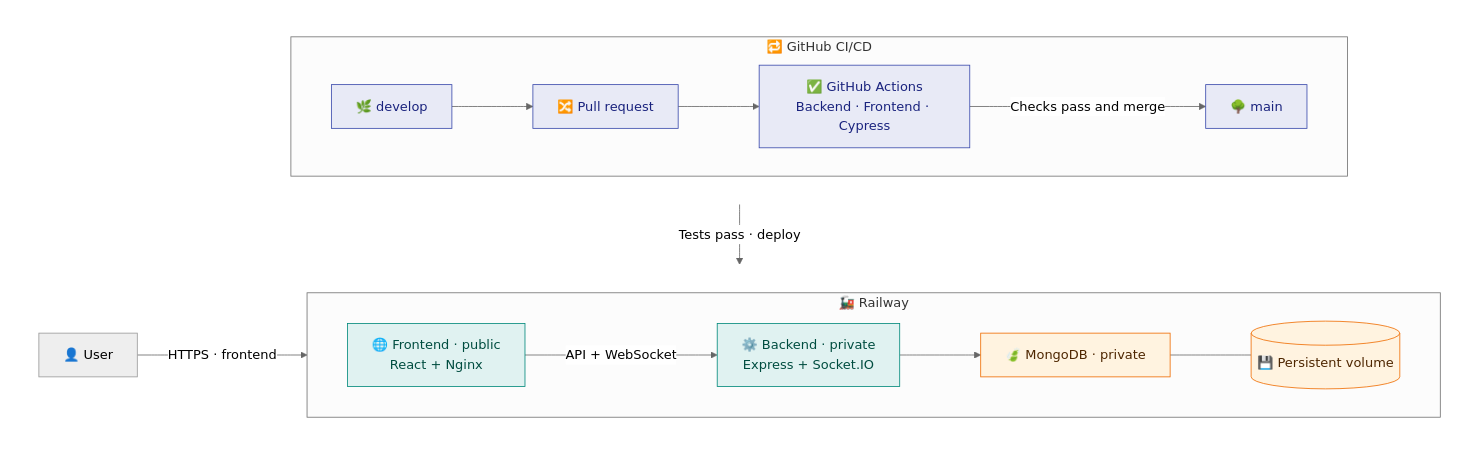
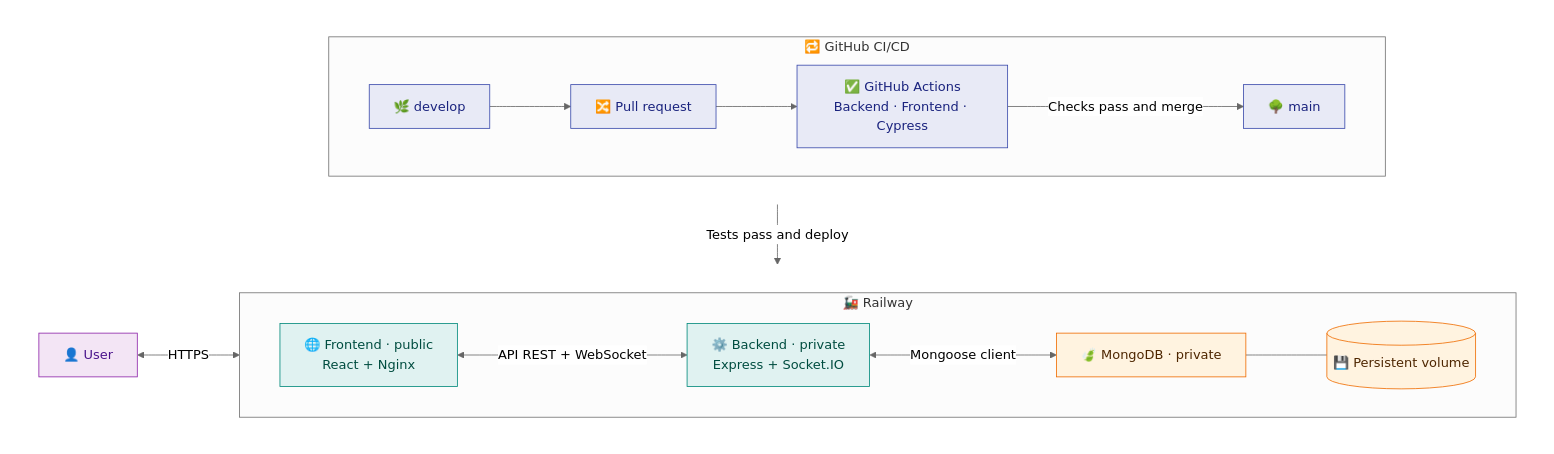
Before and after one commit to patriciorr/office-trackr: the diagram in README.md, drawn with Mermaid (neutral theme). The commit also changed other lines of this file and 1 other file, not shown here.

````diff
--- a/README.md
+++ b/README.md
@@ -60,41 +61,43 @@
 ```mermaid
 flowchart TB
     subgraph Top[" "]
         direction LR
         Spacer["👤 User"] ~~~ Pipeline
         subgraph Pipeline["🔁 GitHub CI/CD"]
             direction LR
             Branch["🌿 develop"] --> PR["🔀 Pull request"]
             PR --> CI["✅ GitHub Actions<br/>Backend · Frontend · Cypress"]
             CI -->|Checks pass and merge| Main["🌳 main"]
         end
     end
 
     subgraph Runtime[" "]
         direction LR
-        User["👤 User"] -->|HTTPS · frontend| Railway
+        User["👤 User"] <-->|HTTPS| Railway
         subgraph Railway["🚂 Railway"]
             direction LR
             Frontend["🌐 Frontend · public<br/>React + Nginx"]
             Backend["⚙️ Backend · private<br/>Express + Socket.IO"]
             Mongo["🍃 MongoDB · private"]
             Volume[("💾 Persistent volume")]
-            Frontend -->|API + WebSocket| Backend
-            Backend --> Mongo
+            Frontend <-->|API REST + WebSocket| Backend
+            Backend <--> |Mongoose client| Mongo
             Mongo --- Volume
         end
     end
 
-    Top -->|Tests pass · deploy| Runtime
+    Top -->|Tests pass and deploy| Runtime
 
     classDef github fill:#e8eaf6,stroke:#3949ab,color:#1a237e
     classDef service fill:#e0f2f1,stroke:#00897b,color:#004d40
     classDef data fill:#fff3e0,stroke:#ef6c00,color:#4e2600
     classDef hidden fill:transparent,stroke:transparent,color:transparent,opacity:0
+    classDef user fill:#f3e5f5,stroke:#8e24aa,color:#4a148c
     class Branch,PR,CI,Main github
     class Frontend,Backend service
     class Mongo,Volume data
     class Spacer hidden
+    class User user
     style Top fill:transparent,stroke:transparent
     style Runtime fill:transparent,stroke:transparent
 ```
````
